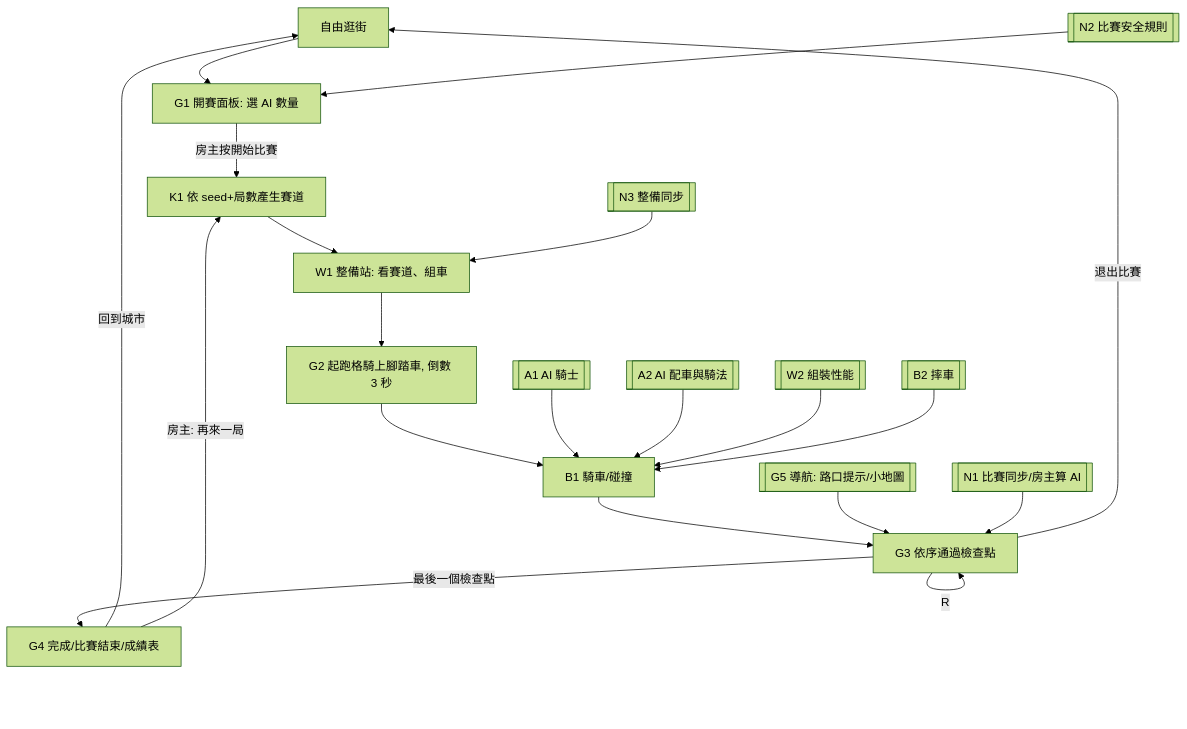
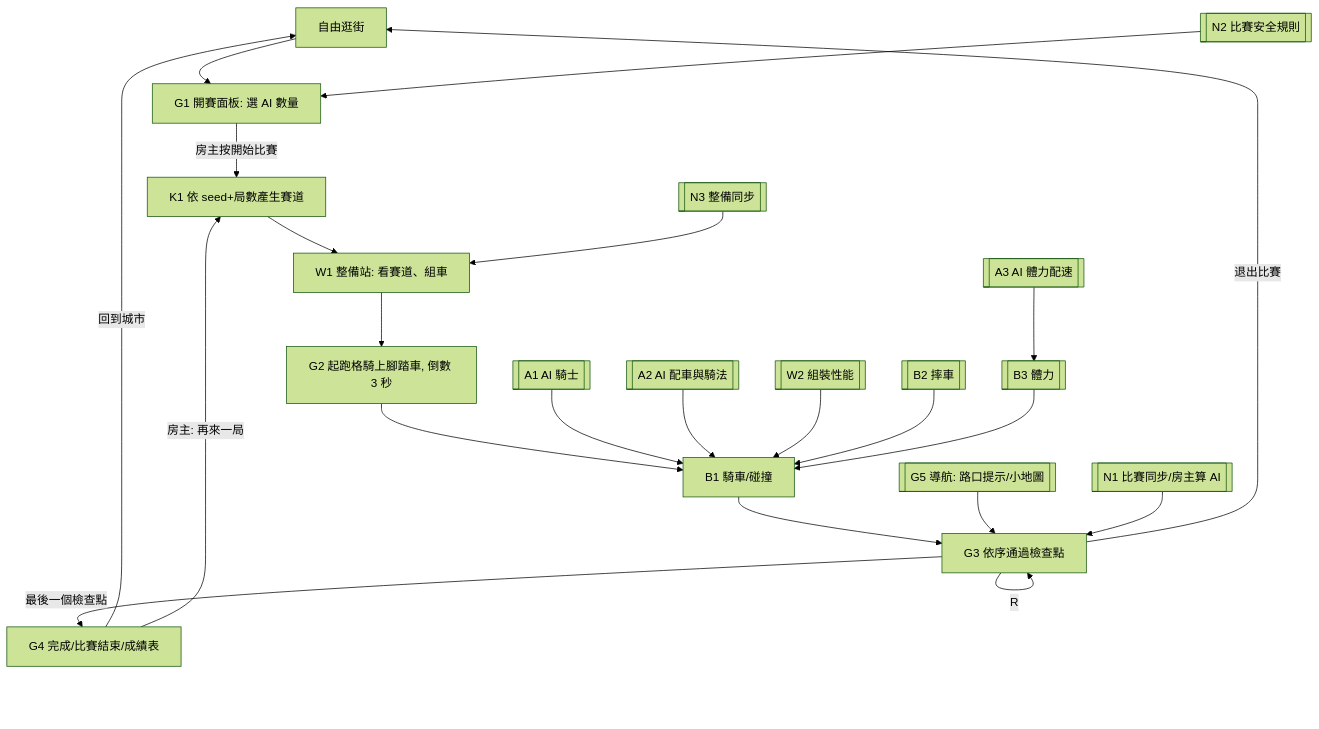
Before and after one commit to yanchen184/taipei-bike: the second of 2 diagrams in docs/spec/01-flow.md, drawn with Mermaid (forest theme). The commit also changed other lines of this file and 12 other files, not shown here.

````diff
--- a/docs/spec/01-flow.md
+++ b/docs/spec/01-flow.md
@@ -83,23 +83,25 @@
 ```mermaid
 flowchart TD
   F[自由逛街] --> G1[G1 開賽面板: 選 AI 數量]
   G1 -->|房主按開始比賽| K1[K1 依 seed+局數產生賽道]
   K1 --> W1[W1 整備站: 看賽道、組車]
   W1 --> G2[G2 起跑格騎上腳踏車, 倒數 3 秒]
   G2 --> B1[B1 騎車/碰撞]
   B1 --> G3[G3 依序通過檢查點]
   G3 -->|R| G3
   G5[[G5 導航: 路口提示/小地圖]] --> G3
   G3 -->|最後一個檢查點| G4[G4 完成/比賽結束/成績表]
   G4 -->|回到城市| F
   G4 -->|房主: 再來一局| K1
   G3 -->|退出比賽| F
 
   A1[[A1 AI 騎士]] --> B1
   A2[[A2 AI 配車與騎法]] --> B1
   W2[[W2 組裝性能]] --> B1
   B2[[B2 摔車]] --> B1
+  B3[[B3 體力]] --> B1
+  A3[[A3 AI 體力配速]] --> B3
   N3[[N3 整備同步]] --> W1
   N1[[N1 比賽同步/房主算 AI]] --> G3
   N2[[N2 比賽安全規則]] --> G1
 ```
````
